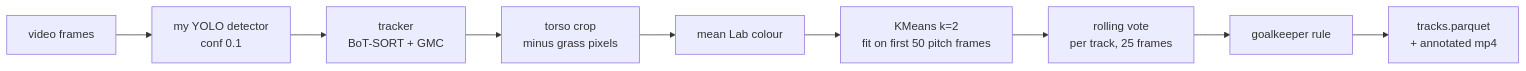
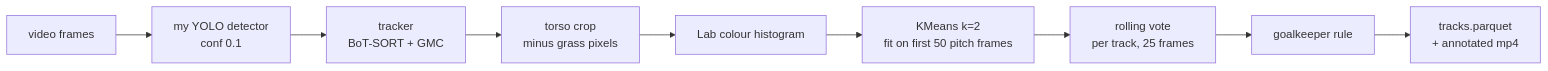
One commit to Kushagra077/football-team-tracker changed the diagram in README.md. Above: the diagram before and after it, drawn with Mermaid. The commit also changed other lines of this file and 9 other files, not shown here.

````diff
--- a/README.md
+++ b/README.md
@@ -60,11 +60,11 @@
 ```mermaid
 flowchart LR
     V[video frames] --> D[my YOLO detector<br/>conf 0.1]
     D --> T[tracker<br/>BoT-SORT + GMC]
     T --> C[torso crop<br/>minus grass pixels]
-    C --> F[mean Lab colour]
+    C --> F[Lab colour histogram]
     F --> K[KMeans k=2<br/>fit on first 50 pitch frames]
     K --> R[rolling vote<br/>per track, 25 frames]
     R --> G[goalkeeper rule]
     G --> P[tracks.parquet<br/>+ annotated mp4]
 ```
````
